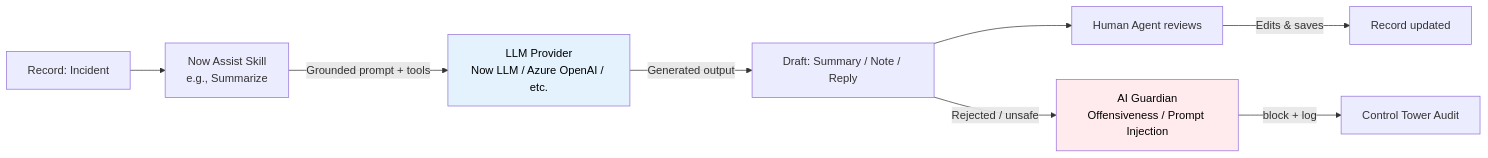
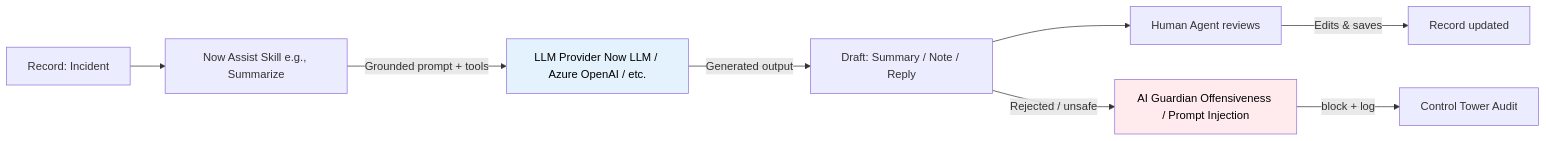
Before and after one commit to eltonaguiar/ServiceNow_Learning_TSOM-_CSM_FSM_SalesCRM_HAM_ITSM: the third of 6 diagrams in docs/modules/ai/ai-guide.md, drawn with Mermaid. The commit also changed other lines of this file and 11 other files, not shown here.

First line of the commit message:
Fix all mermaid diagrams: remove br/ tags that break rendering on GitHub Pages

````diff
--- a/docs/modules/ai/ai-guide.md
+++ b/docs/modules/ai/ai-guide.md
@@ -873,13 +873,13 @@
 ```mermaid
 flowchart LR
-    Rec[Record: Incident] --> Skill[Now Assist Skill<br/>e.g., Summarize]
-    Skill -->|Grounded prompt + tools| LLM[LLM Provider<br/>Now LLM / Azure OpenAI / etc.]
+    Rec[Record: Incident] --> Skill[Now Assist Skill e.g., Summarize]
+    Skill -->|Grounded prompt + tools| LLM[LLM Provider Now LLM / Azure OpenAI / etc.]
     LLM -->|Generated output| Out[Draft: Summary / Note / Reply]
     Out --> Agent[Human Agent reviews]
     Agent -->|Edits & saves| Rec2[Record updated]
-    Out -->|Rejected / unsafe| Guardian[AI Guardian<br/>Offensiveness / Prompt Injection]
+    Out -->|Rejected / unsafe| Guardian[AI Guardian Offensiveness / Prompt Injection]
     Guardian -->|block + log| Alert[Control Tower Audit]
 
     style LLM fill:#e3f2fd,color:#000
     style Guardian fill:#ffebee,color:#000
 ```
````
